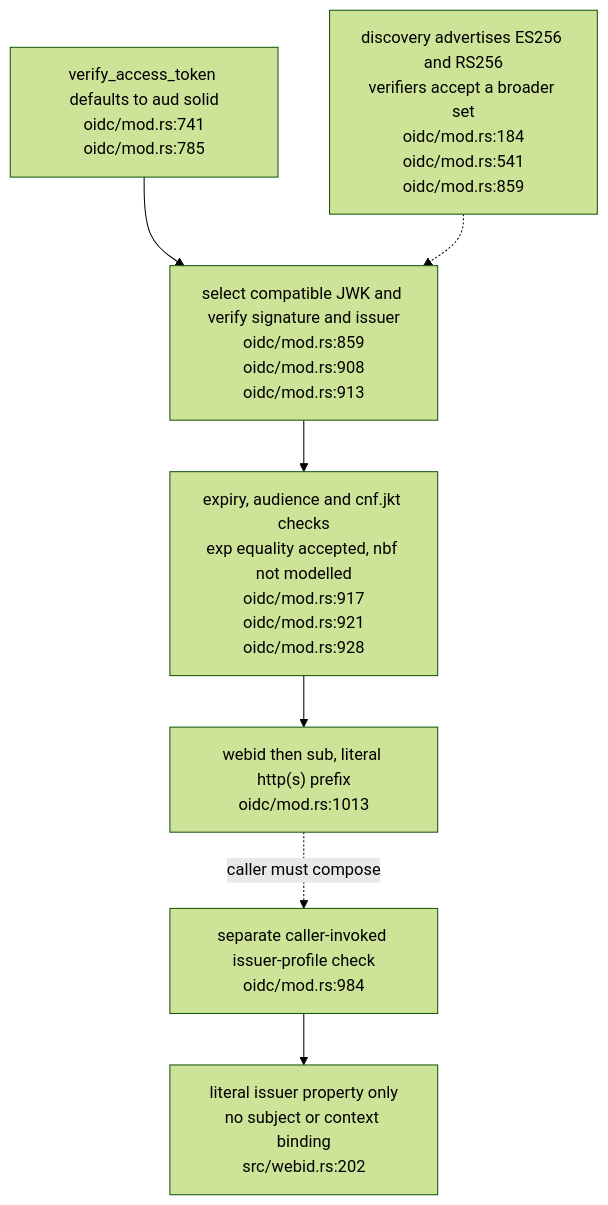
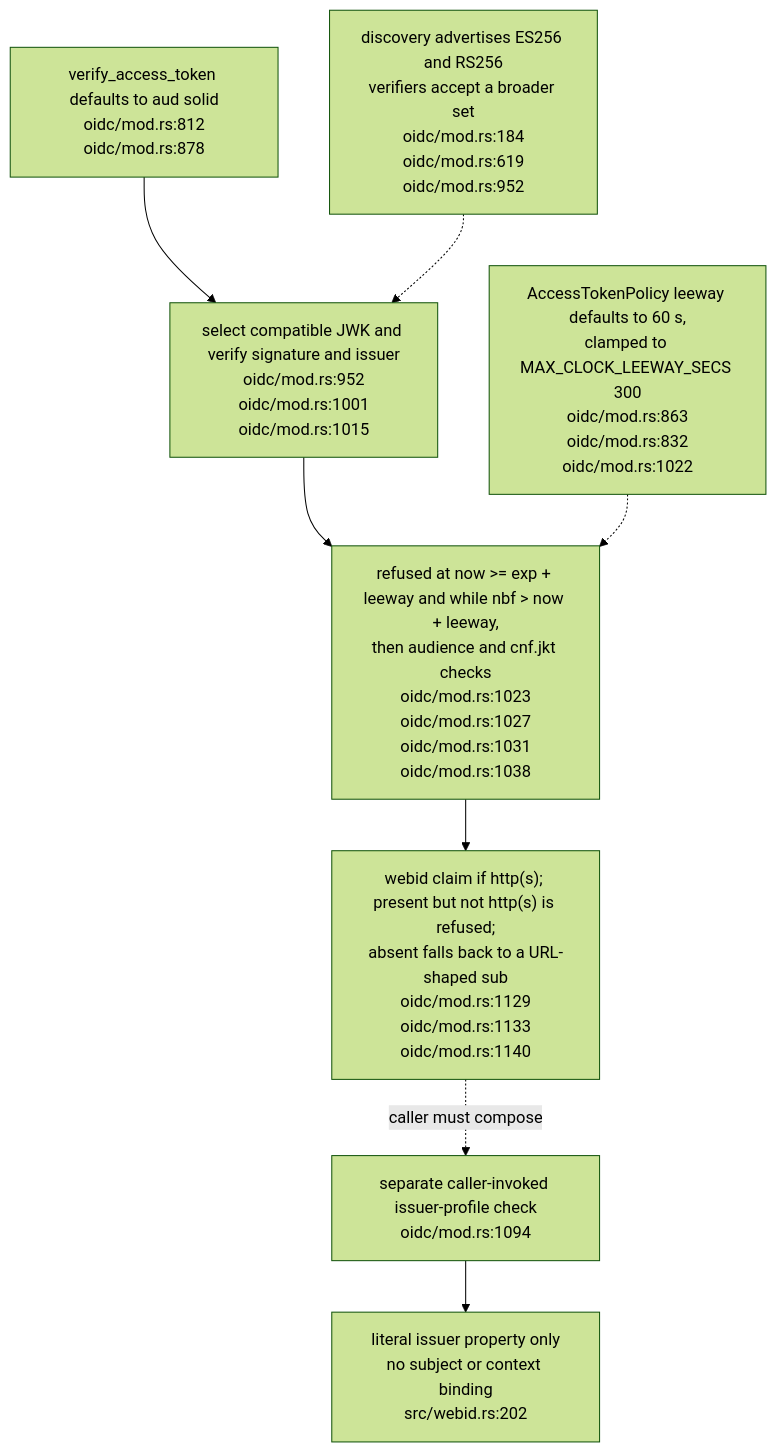
One commit to DreamLab-AI/VisionFlow changed the seventh of 18 diagrams in docs/diagrams/solid-pod-rs/05-identity-nip98-did-oidc.md. Above: the diagram before and after it, drawn with Mermaid (forest theme). The commit also changed other lines of this file and 2 other files, not shown here.

First line of the commit message:
docs(diagrams): SP-05, SP-11, SP-12 re-verified at solid-pod-rs a28a748

````diff
--- a/docs/diagrams/solid-pod-rs/05-identity-nip98-did-oidc.md
+++ b/docs/diagrams/solid-pod-rs/05-identity-nip98-did-oidc.md
@@ -232,13 +246,15 @@
 ```mermaid
 flowchart TD
-    API["verify_access_token defaults to aud solid<br/>oidc/mod.rs:741<br/>oidc/mod.rs:785"]
-    KEY["select compatible JWK and verify signature and issuer<br/>oidc/mod.rs:859<br/>oidc/mod.rs:908<br/>oidc/mod.rs:913"]
-    CLAIMS["expiry, audience and cnf.jkt checks<br/>exp equality accepted, nbf not modelled<br/>oidc/mod.rs:917<br/>oidc/mod.rs:921<br/>oidc/mod.rs:928"]
-    WEBID["webid then sub, literal http(s) prefix<br/>oidc/mod.rs:1013"]
-    PROFILE["separate caller-invoked issuer-profile check<br/>oidc/mod.rs:984"]
+    API["verify_access_token defaults to aud solid<br/>oidc/mod.rs:812<br/>oidc/mod.rs:878"]
+    KEY["select compatible JWK and verify signature and issuer<br/>oidc/mod.rs:952<br/>oidc/mod.rs:1001<br/>oidc/mod.rs:1015"]
+    CLAIMS["refused at now >= exp + leeway and while nbf > now + leeway,<br/>then audience and cnf.jkt checks<br/>oidc/mod.rs:1023<br/>oidc/mod.rs:1027<br/>oidc/mod.rs:1031<br/>oidc/mod.rs:1038"]
+    LEEWAY["AccessTokenPolicy leeway defaults to 60 s,<br/>clamped to MAX_CLOCK_LEEWAY_SECS 300<br/>oidc/mod.rs:863<br/>oidc/mod.rs:832<br/>oidc/mod.rs:1022"]
+    WEBID["webid claim if http(s); present but not http(s) is refused;<br/>absent falls back to a URL-shaped sub<br/>oidc/mod.rs:1129<br/>oidc/mod.rs:1133<br/>oidc/mod.rs:1140"]
+    PROFILE["separate caller-invoked issuer-profile check<br/>oidc/mod.rs:1094"]
     LIMIT["literal issuer property only<br/>no subject or context binding<br/>src/webid.rs:202"]
-    DISC["discovery advertises ES256 and RS256<br/>verifiers accept a broader set<br/>oidc/mod.rs:184<br/>oidc/mod.rs:541<br/>oidc/mod.rs:859"]
+    DISC["discovery advertises ES256 and RS256<br/>verifiers accept a broader set<br/>oidc/mod.rs:184<br/>oidc/mod.rs:619<br/>oidc/mod.rs:952"]
     API --> KEY --> CLAIMS --> WEBID
+    LEEWAY -.-> CLAIMS
     WEBID -. "caller must compose" .-> PROFILE --> LIMIT
     DISC -.-> KEY
 ```
````
